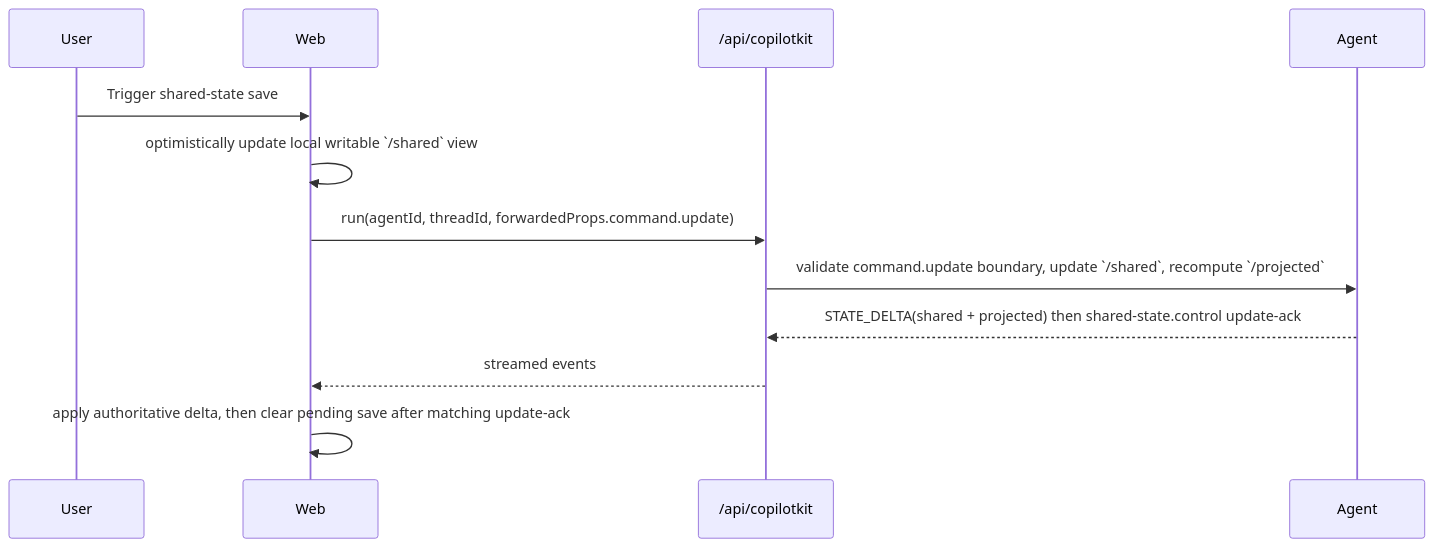
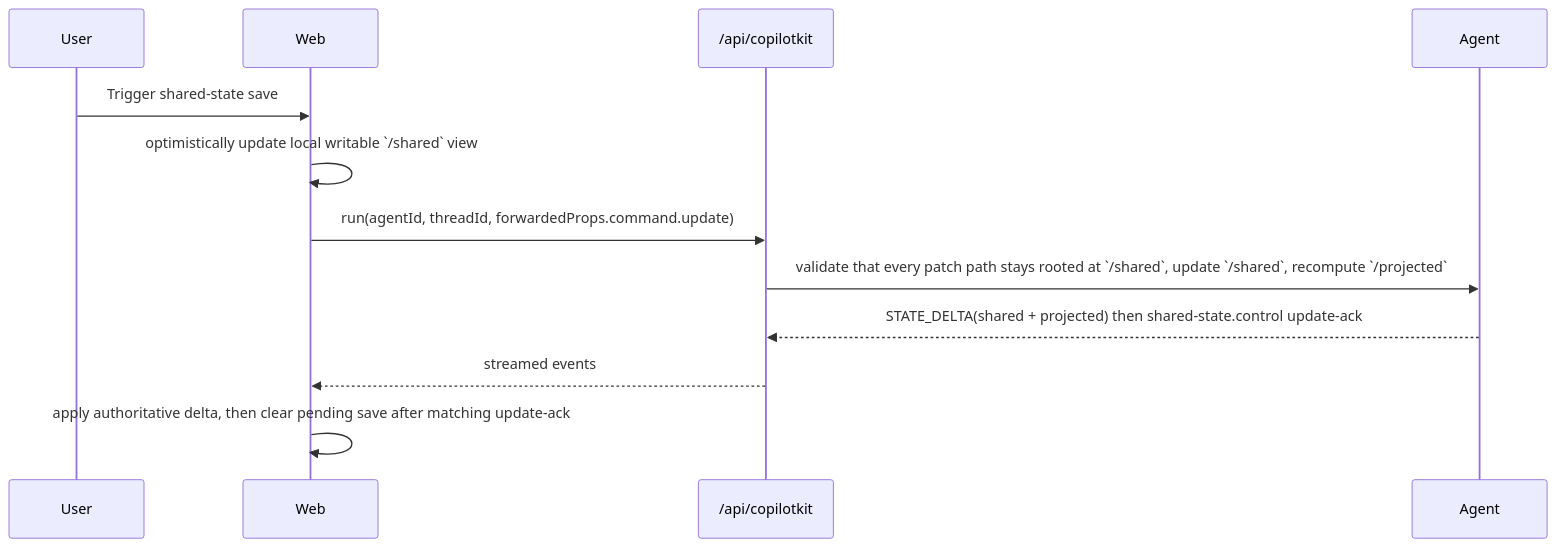
The sixth of 6 diagrams in typescript/clients/web-ag-ui/docs/c4-target-architecture-web-ag-ui-agents.md (EmberAGI/arbitrum-vibekit), drawn with Mermaid before and after one commit. The commit also changed other lines of this file and 3 other files, not shown here.

Commit message:
docs(web-ag-ui): clarify shared editability boundary

````diff
--- a/typescript/clients/web-ag-ui/docs/c4-target-architecture-web-ag-ui-agents.md
+++ b/typescript/clients/web-ag-ui/docs/c4-target-architecture-web-ag-ui-agents.md
@@ -291,15 +291,15 @@
 ```mermaid
 sequenceDiagram
   participant User
   participant Web
   participant Runtime as /api/copilotkit
   participant Agent
 
   User->>Web: Trigger shared-state save
   Web->>Web: optimistically update local writable `/shared` view
   Web->>Runtime: run(agentId, threadId, forwardedProps.command.update)
-  Runtime->>Agent: validate command.update boundary, update `/shared`, recompute `/projected`
+  Runtime->>Agent: validate that every patch path stays rooted at `/shared`, update `/shared`, recompute `/projected`
   Agent-->>Runtime: STATE_DELTA(shared + projected) then shared-state.control update-ack
   Runtime-->>Web: streamed events
   Web->>Web: apply authoritative delta, then clear pending save after matching update-ack
 ```
````
